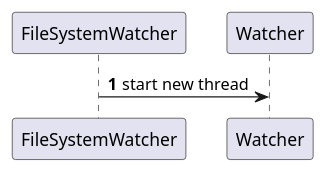
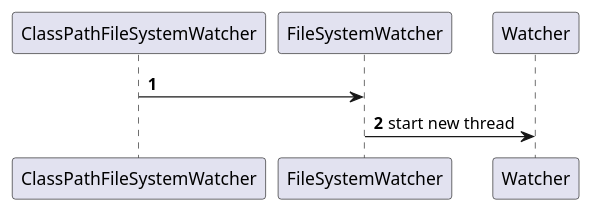
Before and after one commit to sergeyzolotukhin/learn-java-gradle: the diagram in learn-java/framework/spring-boot/spring-dev-tools/spring-dev-tool.puml, drawn with PlantUML. The commit also changed 3 other files, not shown here.

```diff
--- a/learn-java/framework/spring-boot/spring-dev-tools/spring-dev-tool.puml
+++ b/learn-java/framework/spring-boot/spring-dev-tools/spring-dev-tool.puml
@@ -1,8 +1,9 @@
 @startuml
 'https://plantuml.com/sequence-diagram
 
 autonumber
 
+ClassPathFileSystemWatcher -> FileSystemWatcher
 FileSystemWatcher -> Watcher: start new thread
 
 @enduml
```
